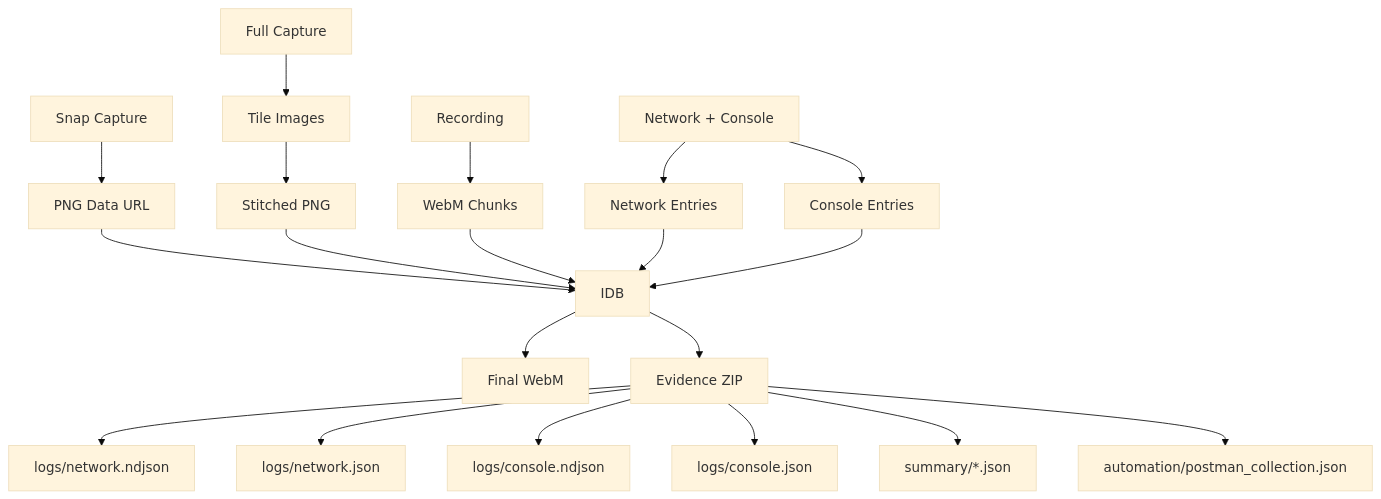
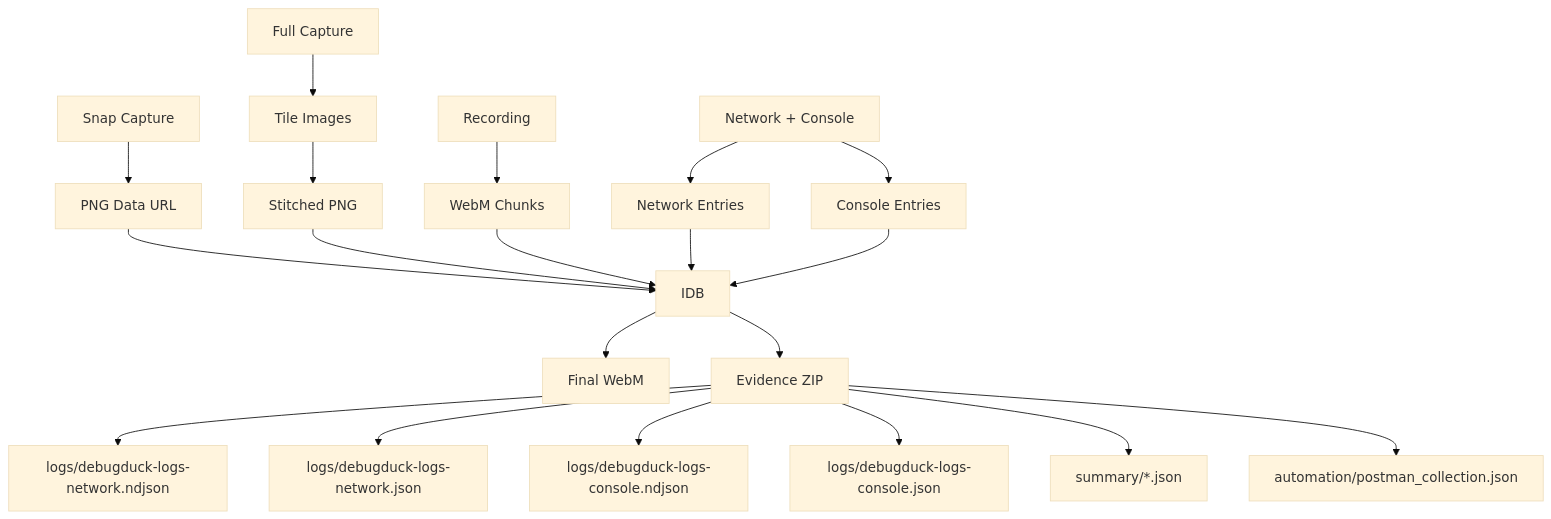
The sixth of 7 diagrams in extension/docs/architecture/repro-architecture-v1.md (Kishorekomminenik/CleanrMLP1), drawn with Mermaid (base theme) before and after one commit. The commit also changed other lines of this file and 24 other files, not shown here.

````diff
--- a/extension/docs/architecture/repro-architecture-v1.md
+++ b/extension/docs/architecture/repro-architecture-v1.md
@@ -178,25 +178,25 @@
 ```mermaid
 flowchart TD
   Snap[Snap Capture] --> ShotData[PNG Data URL]
   Full[Full Capture] --> Tiles[Tile Images]
   Tiles --> FullImage[Stitched PNG]
   ShotData --> IDB
   FullImage --> IDB
 
   Record[Recording] --> Chunks[WebM Chunks]
   Chunks --> IDB
   IDB --> FinalWebM[Final WebM]
 
   Logs[Network + Console] --> NetEntries[Network Entries]
   Logs --> ConsoleEntries[Console Entries]
   NetEntries --> IDB
   ConsoleEntries --> IDB
 
   IDB --> ExportZIP[Evidence ZIP]
-  ExportZIP --> LogsNDJSON[logs/network.ndjson]
-  ExportZIP --> LogsJSON[logs/network.json]
-  ExportZIP --> ConsoleNDJSON[logs/console.ndjson]
-  ExportZIP --> ConsoleJSON[logs/console.json]
+  ExportZIP --> LogsNDJSON[logs/debugduck-logs-network.ndjson]
+  ExportZIP --> LogsJSON[logs/debugduck-logs-network.json]
+  ExportZIP --> ConsoleNDJSON[logs/debugduck-logs-console.ndjson]
+  ExportZIP --> ConsoleJSON[logs/debugduck-logs-console.json]
   ExportZIP --> Summary[summary/*.json]
   ExportZIP --> Postman[automation/postman_collection.json]
 ```
````
